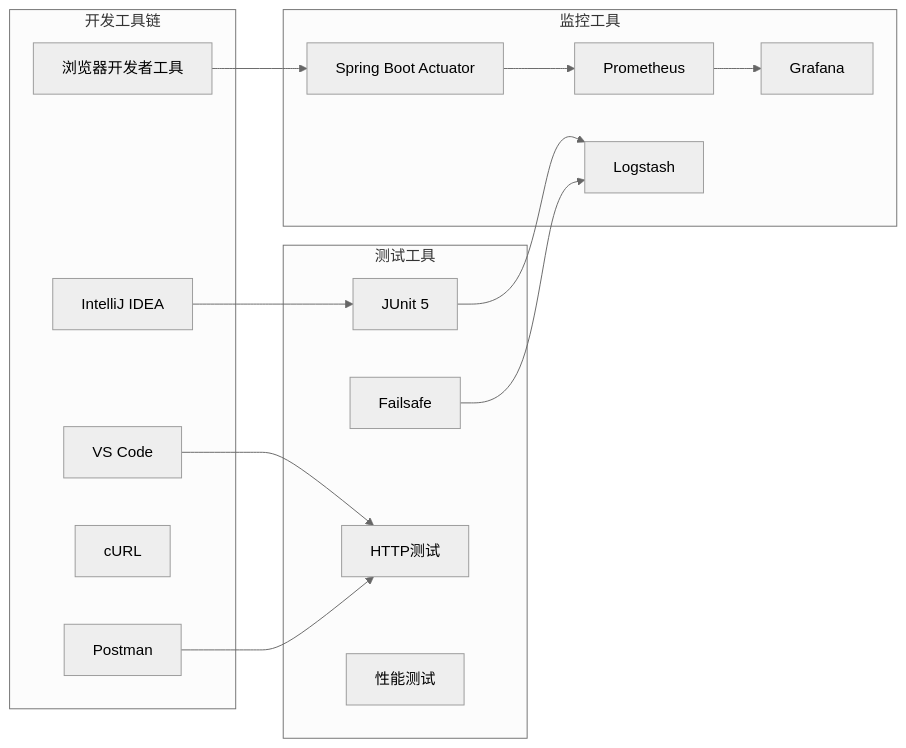
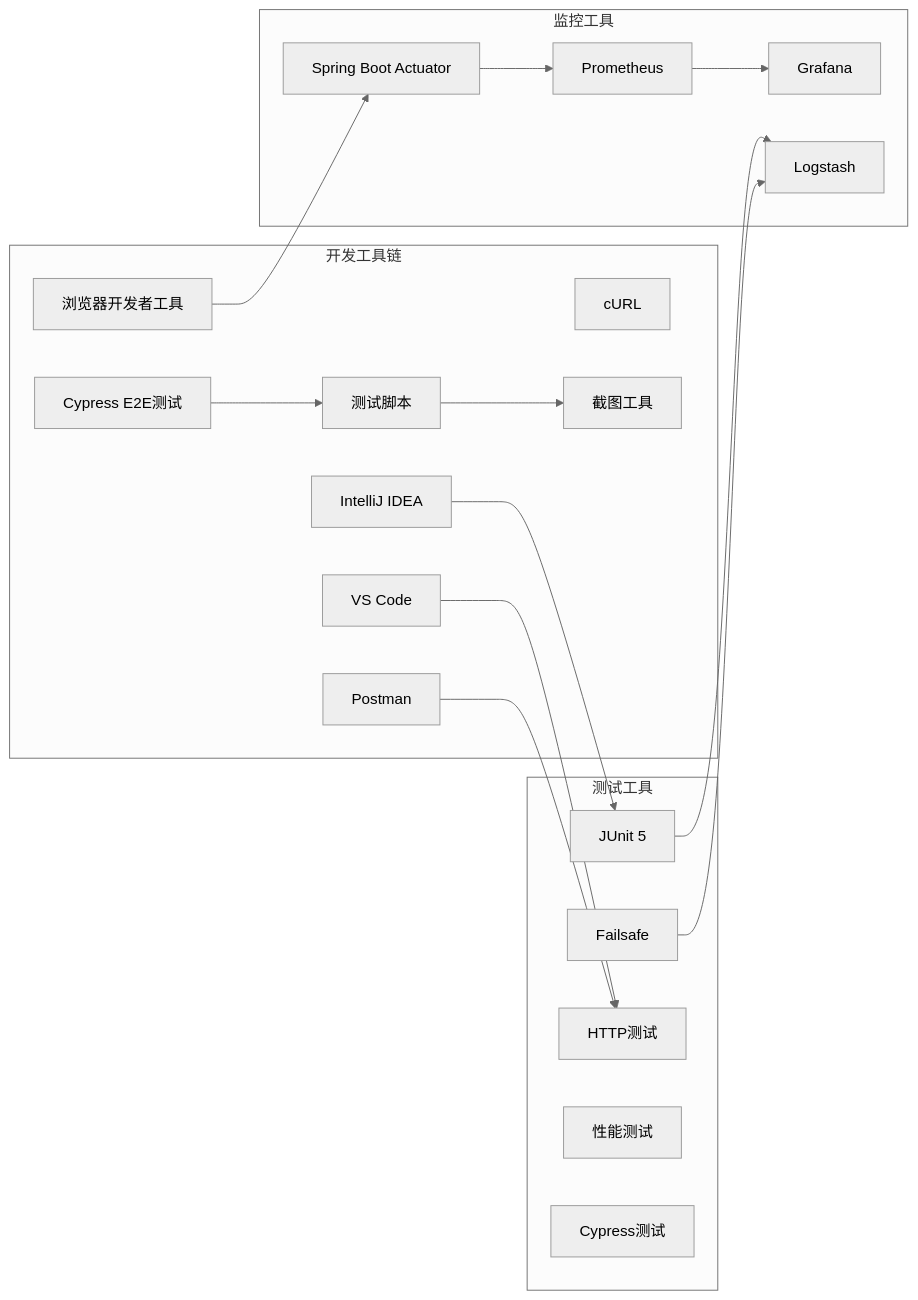
The seventh of 19 diagrams in .qoder/repowiki/zh/content/Development Environment Features.md (liuzh2008/med_ai_assistant_workspace), drawn with Mermaid (neutral theme) before and after one commit. The commit also changed other lines of this file and 3 other files, not shown here.

````diff
--- a/.qoder/repowiki/zh/content/Development Environment Features.md
+++ b/.qoder/repowiki/zh/content/Development Environment Features.md
@@ -279,30 +312,36 @@
 ```mermaid
 flowchart LR
 subgraph "开发工具链"
 IDE[IntelliJ IDEA]
 VSC[VS Code]
 POSTMAN[Postman]
 CURL[cURL]
 BROWSER[浏览器开发者工具]
+CYPRESS[Cypress E2E测试]
+TEST_SCRIPTS[测试脚本]
+SCREENSHOT_TOOL[截图工具]
 end
 subgraph "测试工具"
 UNIT_TEST[JUnit 5]
 INTEGRATION[Failsafe]
 API_TEST[HTTP测试]
 LOAD_TEST[性能测试]
+E2E_TEST[Cypress测试]
 end
 subgraph "监控工具"
 ACTUATOR[Spring Boot Actuator]
 PROMETHEUS[Prometheus]
 GRAFANA[Grafana]
 LOGSTASH[Logstash]
 end
 IDE --> UNIT_TEST
 VSC --> API_TEST
 POSTMAN --> API_TEST
 BROWSER --> ACTUATOR
 ACTUATOR --> PROMETHEUS
 PROMETHEUS --> GRAFANA
 UNIT_TEST --> LOGSTASH
 INTEGRATION --> LOGSTASH
+CYPRESS --> TEST_SCRIPTS
+TEST_SCRIPTS --> SCREENSHOT_TOOL
 ```
````
